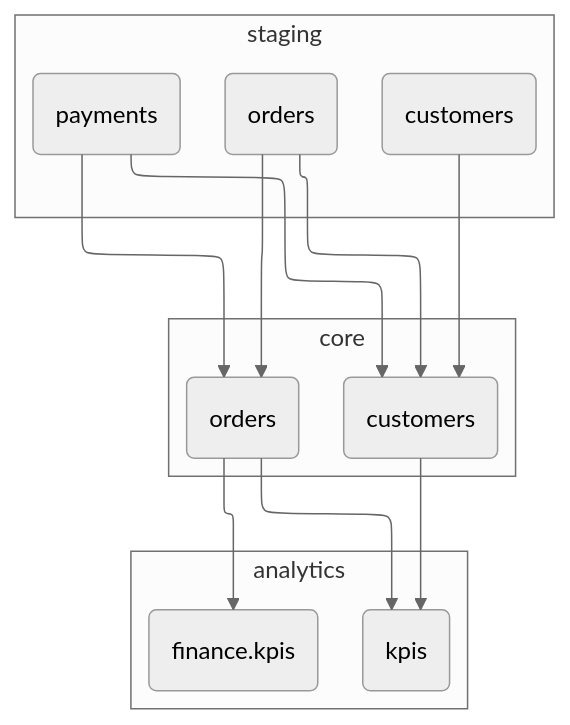
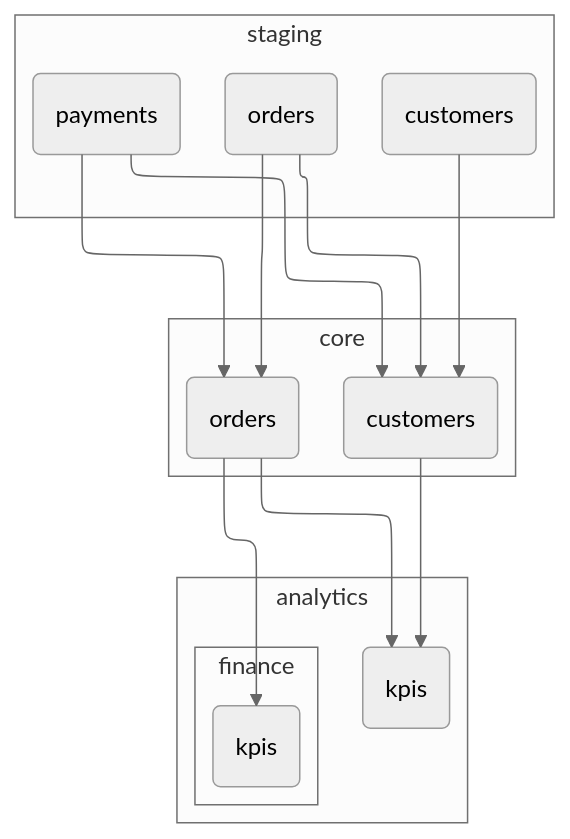
Before and after one commit to carbonfact/lea: the second of 2 diagrams in examples/jaffle_shop/docs/README.md, drawn with Mermaid (neutral theme). The commit also changed 4 other files, not shown here.

Commit message:
support sub-schemas in mermaid flowchart

````diff
--- a/examples/jaffle_shop/docs/README.md
+++ b/examples/jaffle_shop/docs/README.md
@@ -23,28 +23,35 @@
 ```mermaid
 %%{init: {"flowchart": {"defaultRenderer": "elk"}} }%%
 flowchart TB
+
     subgraph analytics
-    analytics.finance.kpis(finance.kpis)
-    analytics.kpis(kpis)
+
+    subgraph finance
+        analytics.finance.kpis(kpis)
     end
 
-    subgraph core
-    core.customers(customers)
-    core.orders(orders)
+        analytics.kpis(kpis)
     end
 
+
+    subgraph core
+        core.customers(customers)
+        core.orders(orders)
+    end
+
+
     subgraph staging
-    staging.customers(customers)
-    staging.orders(orders)
-    staging.payments(payments)
+        staging.customers(customers)
+        staging.orders(orders)
+        staging.payments(payments)
     end
 
     core.orders --> analytics.finance.kpis
     core.customers --> analytics.kpis
     core.orders --> analytics.kpis
     staging.customers --> core.customers
     staging.orders --> core.customers
     staging.payments --> core.customers
     staging.orders --> core.orders
     staging.payments --> core.orders
 ```
````
